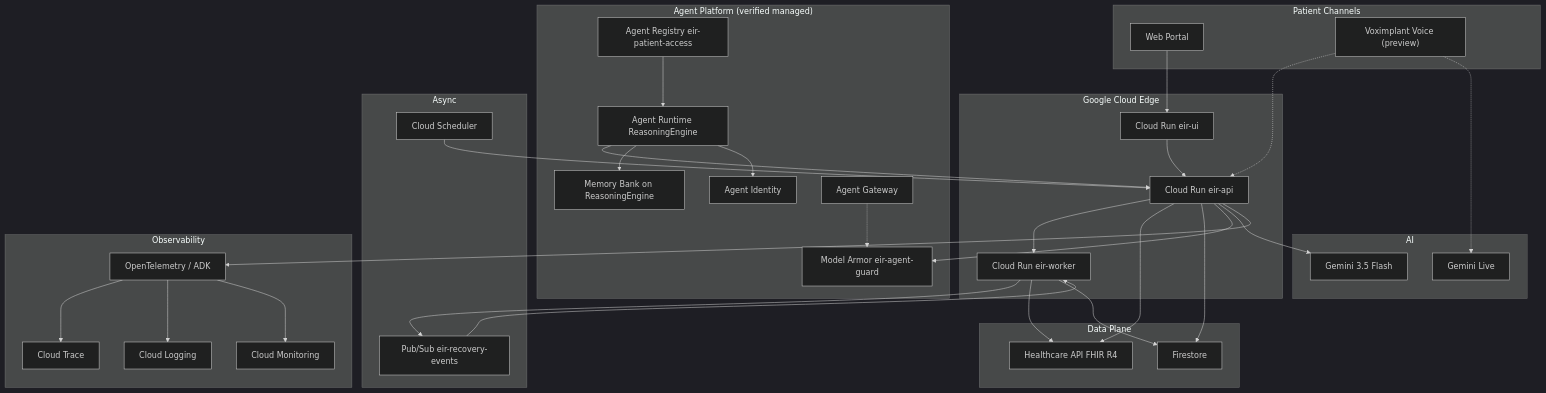
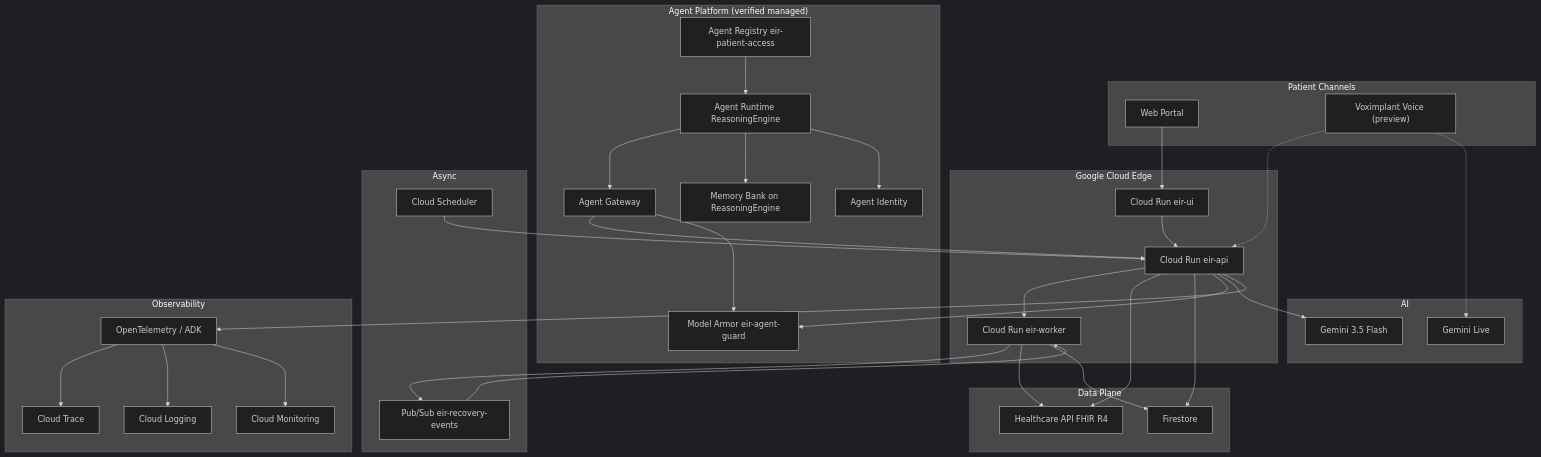
One commit to ybedoyab/eir changed the diagram in docs/architecture/eir-gcp.mmd. Above: the diagram before and after it, drawn with Mermaid (dark theme). The commit also changed other lines of this file and 4 other files, not shown here.

````diff
--- a/docs/architecture/eir-gcp.mmd
+++ b/docs/architecture/eir-gcp.mmd
@@ -1,66 +1,67 @@
 ```mermaid
 flowchart TB
   subgraph Channels["Patient Channels"]
     Web["Web Portal"]
     Voice["Voximplant Voice (preview)"]
   end
 
   subgraph Edge["Google Cloud Edge"]
     UI["Cloud Run eir-ui"]
     API["Cloud Run eir-api"]
     Worker["Cloud Run eir-worker"]
   end
 
   subgraph Agents["Agent Platform (verified managed)"]
     Registry["Agent Registry eir-patient-access"]
     Runtime["Agent Runtime ReasoningEngine"]
     Memory["Memory Bank on ReasoningEngine"]
     Identity["Agent Identity"]
     Gateway["Agent Gateway"]
     Armor["Model Armor eir-agent-guard"]
   end
 
   subgraph AI["AI"]
     Gemini["Gemini 3.5 Flash"]
     Live["Gemini Live"]
   end
 
   subgraph Data["Data Plane"]
     FHIR["Healthcare API FHIR R4"]
     FS["Firestore"]
   end
 
   subgraph Async["Async"]
     PS["Pub/Sub eir-recovery-events"]
     Sched["Cloud Scheduler"]
   end
 
   subgraph Obs["Observability"]
     OTel["OpenTelemetry / ADK"]
     Trace["Cloud Trace"]
     Log["Cloud Logging"]
     Mon["Cloud Monitoring"]
   end
 
   Web --> UI --> API
   Voice -.-> API
   API --> Worker
   Worker --> PS
   PS --> Worker
   API --> FHIR
   API --> FS
   Worker --> FHIR
   Worker --> FS
   API --> Armor
   API --> Gemini
   Voice -.-> Live
   API --> OTel --> Trace
   OTel --> Log
   OTel --> Mon
   Sched --> API
-  Runtime --> API
+  Runtime --> Gateway
+  Gateway --> API
+  Gateway --> Armor
   Runtime --> Memory
   Runtime --> Identity
   Registry --> Runtime
-  Gateway -.-> Armor
 ```
````
